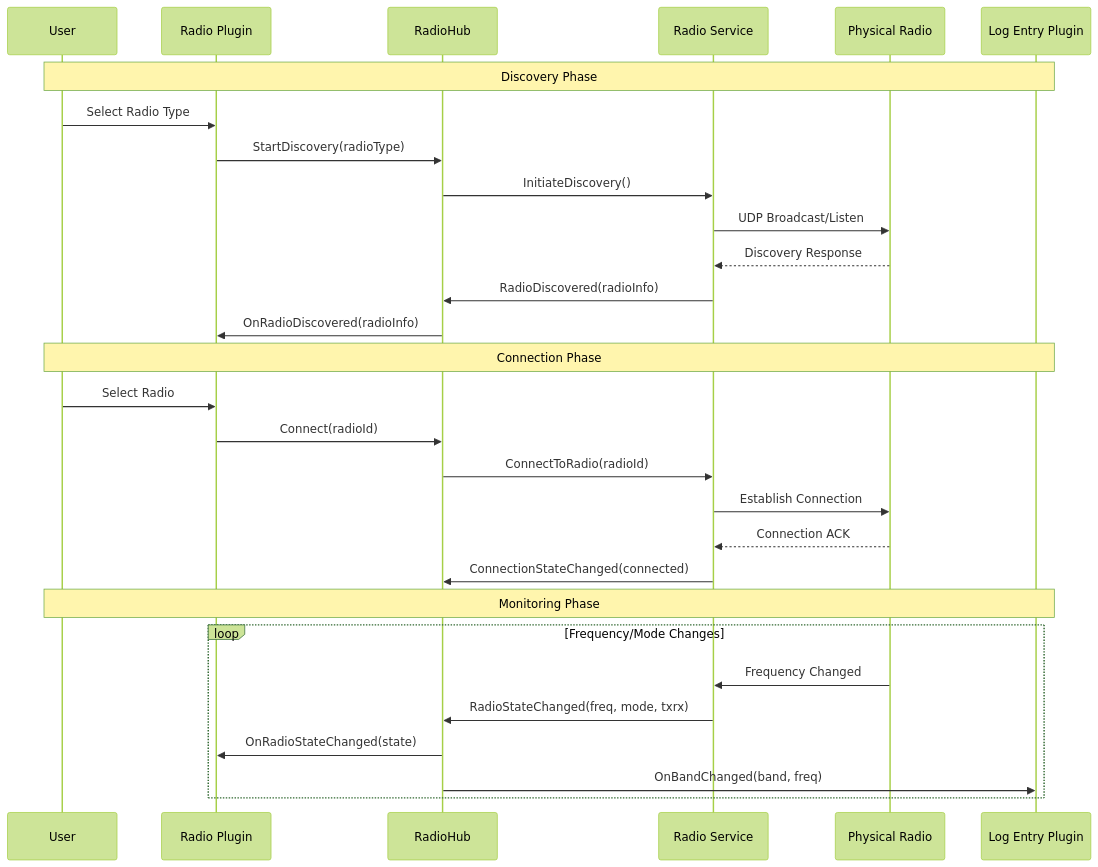
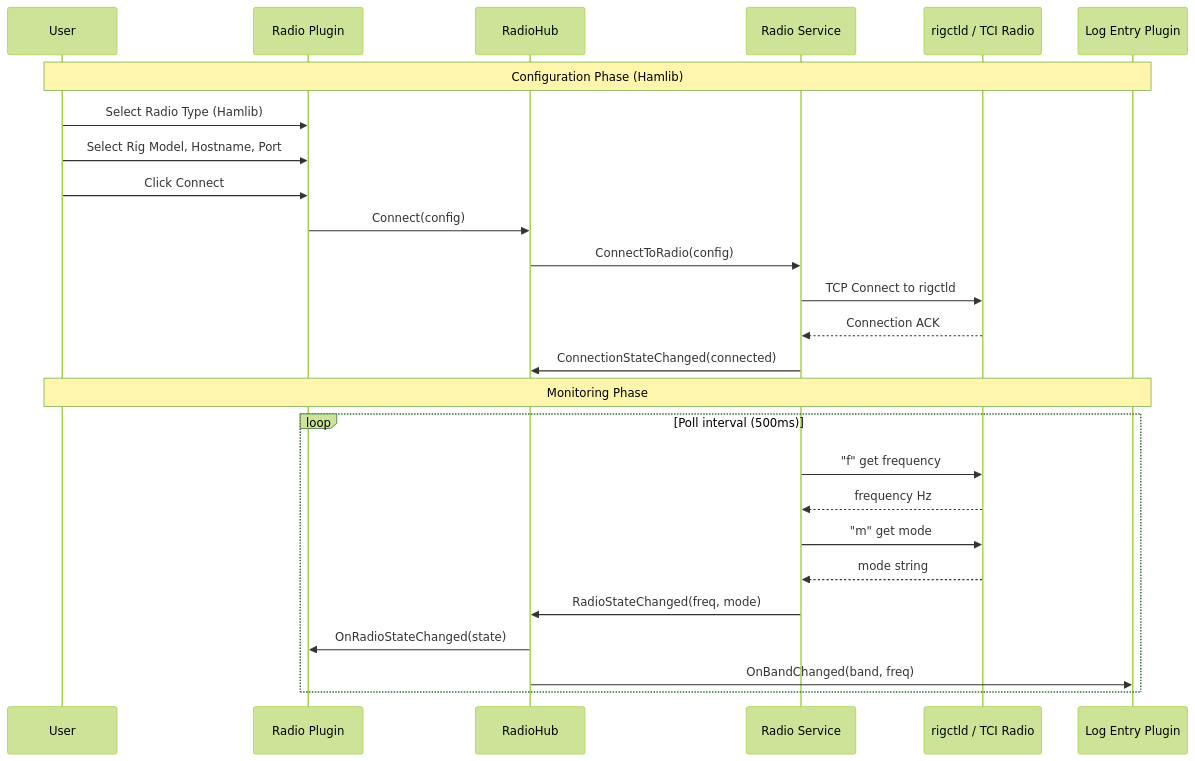
The fourth of 4 diagrams in docs/catctrl/prd.md (brianbruff/Log4YM), drawn with Mermaid (forest theme) before and after one commit. The commit also changed other lines of this file and 2 other files, not shown here.

First line of the commit message:
docs: update radio docs to reflect FlexRadio via Hamlib

````diff
--- a/docs/catctrl/prd.md
+++ b/docs/catctrl/prd.md
@@ -138,34 +140,30 @@
 ```mermaid
 sequenceDiagram
     participant User
     participant RadioPlugin as Radio Plugin
     participant SignalR as RadioHub
     participant RadioService as Radio Service
-    participant Radio as Physical Radio
+    participant Radio as rigctld / TCI Radio
     participant LogEntry as Log Entry Plugin
 
-    Note over User,LogEntry: Discovery Phase
-    User->>RadioPlugin: Select Radio Type
-    RadioPlugin->>SignalR: StartDiscovery(radioType)
-    SignalR->>RadioService: InitiateDiscovery()
-    RadioService->>Radio: UDP Broadcast/Listen
-    Radio-->>RadioService: Discovery Response
-    RadioService->>SignalR: RadioDiscovered(radioInfo)
-    SignalR->>RadioPlugin: OnRadioDiscovered(radioInfo)
-
-    Note over User,LogEntry: Connection Phase
-    User->>RadioPlugin: Select Radio
-    RadioPlugin->>SignalR: Connect(radioId)
-    SignalR->>RadioService: ConnectToRadio(radioId)
-    RadioService->>Radio: Establish Connection
+    Note over User,LogEntry: Configuration Phase (Hamlib)
+    User->>RadioPlugin: Select Radio Type (Hamlib)
+    User->>RadioPlugin: Select Rig Model, Hostname, Port
+    User->>RadioPlugin: Click Connect
+    RadioPlugin->>SignalR: Connect(config)
+    SignalR->>RadioService: ConnectToRadio(config)
+    RadioService->>Radio: TCP Connect to rigctld
     Radio-->>RadioService: Connection ACK
     RadioService->>SignalR: ConnectionStateChanged(connected)
 
     Note over User,LogEntry: Monitoring Phase
-    loop Frequency/Mode Changes
-        Radio->>RadioService: Frequency Changed
-        RadioService->>SignalR: RadioStateChanged(freq, mode, txrx)
+    loop Poll interval (500ms)
+        RadioService->>Radio: "f" get frequency
+        Radio-->>RadioService: frequency Hz
+        RadioService->>Radio: "m" get mode
+        Radio-->>RadioService: mode string
+        RadioService->>SignalR: RadioStateChanged(freq, mode)
         SignalR->>RadioPlugin: OnRadioStateChanged(state)
         SignalR->>LogEntry: OnBandChanged(band, freq)
     end
 ```
````
